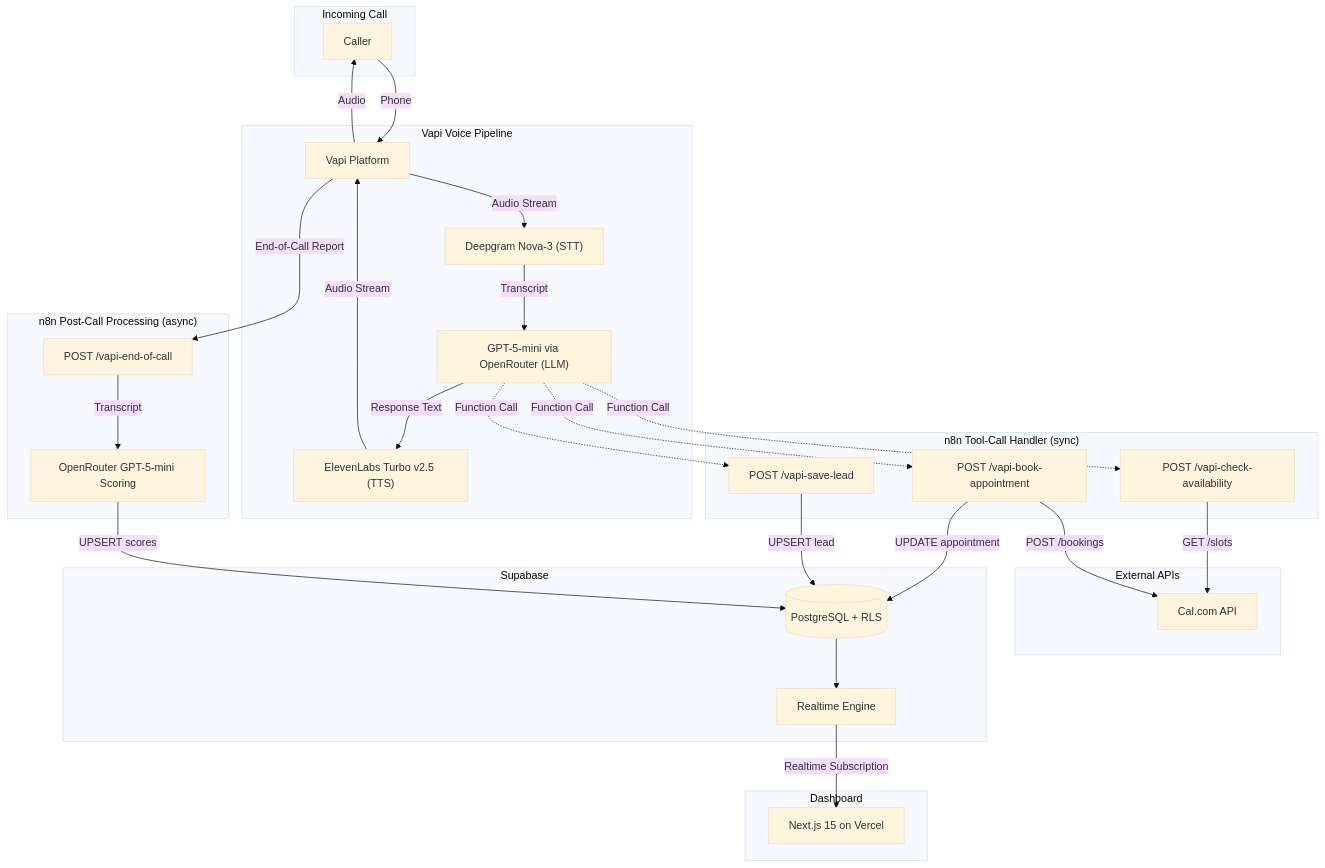
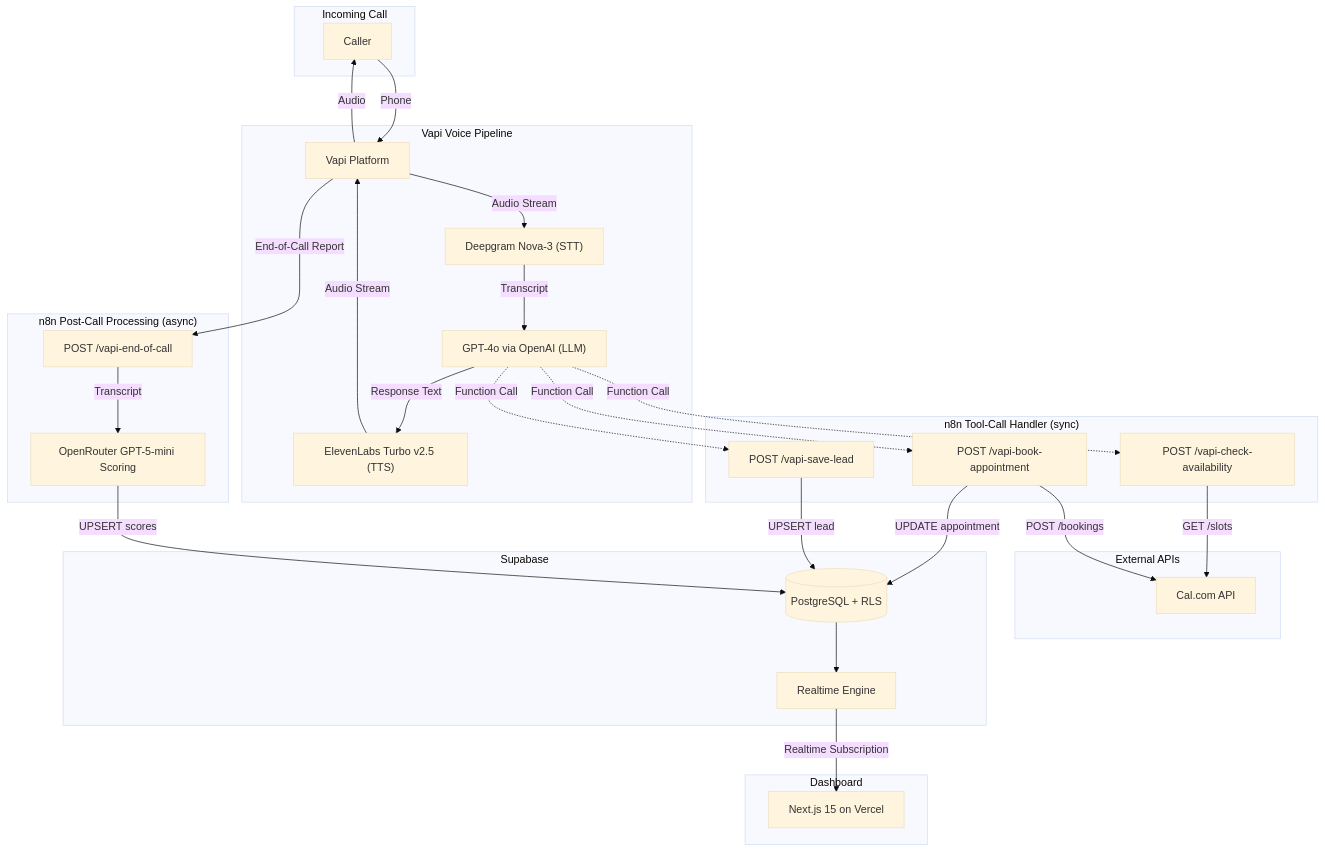
The first of 2 diagrams in README.md (FynnL00/Everlast-AI-Voice-Agent-f-r-Business-Development), drawn with Mermaid (base theme) before and after one commit. The commit also changed other lines of this file and 16 other files, not shown here.

First line of the commit message:
Remove auth/login, switch LLM references to GPT-4o, clean up API routes

````diff
--- a/README.md
+++ b/README.md
@@ -19,55 +19,55 @@
 ```mermaid
 graph TB
     subgraph "Incoming Call"
         A[Caller]
     end
 
     subgraph "Vapi Voice Pipeline"
         B[Vapi Platform]
         C["Deepgram Nova-3 (STT)"]
-        D["GPT-5-mini via OpenRouter (LLM)"]
+        D["GPT-4o via OpenAI (LLM)"]
         E["ElevenLabs Turbo v2.5 (TTS)"]
         A -->|Phone| B
         B -->|Audio Stream| C
         C -->|Transcript| D
         D -->|Response Text| E
         E -->|Audio Stream| B
         B -->|Audio| A
     end
 
     subgraph "n8n Tool-Call Handler (sync)"
         F1["POST /vapi-check-availability"]
         F2["POST /vapi-book-appointment"]
         F3["POST /vapi-save-lead"]
         D -.->|Function Call| F1
         D -.->|Function Call| F2
         D -.->|Function Call| F3
     end
 
     subgraph "External APIs"
         G["Cal.com API"]
         F1 -->|GET /slots| G
         F2 -->|POST /bookings| G
     end
 
     subgraph "n8n Post-Call Processing (async)"
         H["POST /vapi-end-of-call"]
         I["OpenRouter GPT-5-mini Scoring"]
         B -->|End-of-Call Report| H
         H -->|Transcript| I
     end
 
     subgraph "Supabase"
         J[("PostgreSQL + RLS")]
         K["Realtime Engine"]
         F2 -->|UPDATE appointment| J
         F3 -->|UPSERT lead| J
         I -->|UPSERT scores| J
         J --> K
     end
 
     subgraph "Dashboard"
         L["Next.js 15 on Vercel"]
         K -->|Realtime Subscription| L
     end
 ```
````
